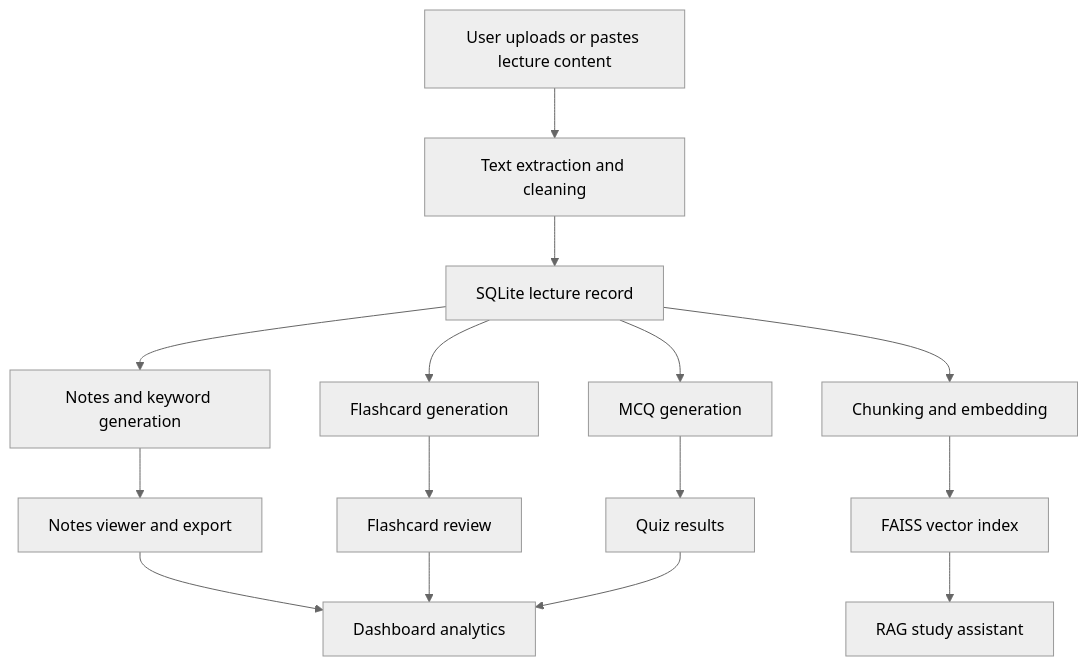
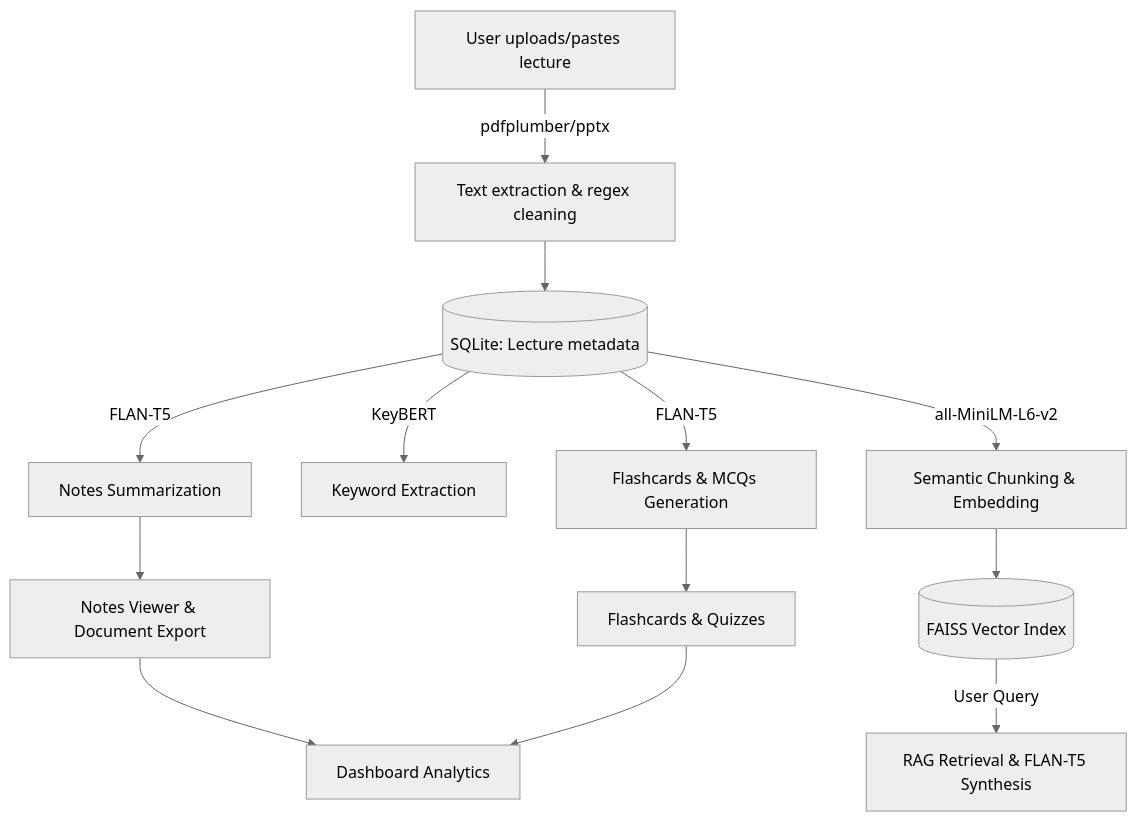
One commit to kspeiris/LectureMindAI changed the diagram in README.md. Above: the diagram before and after it, drawn with Mermaid (neutral theme). The commit also changed other lines of this file and 1 other file, not shown here.

````diff
--- a/README.md
+++ b/README.md
@@ -57,17 +80,15 @@
 ```mermaid
 flowchart TD
-    A[User uploads or pastes lecture content] --> B[Text extraction and cleaning]
-    B --> C[SQLite lecture record]
-    C --> D[Notes and keyword generation]
-    C --> E[Flashcard generation]
-    C --> F[MCQ generation]
-    C --> G[Chunking and embedding]
-    G --> H[FAISS vector index]
-    H --> I[RAG study assistant]
-    D --> J[Notes viewer and export]
-    E --> K[Flashcard review]
-    F --> L[Quiz results]
-    J --> M[Dashboard analytics]
-    K --> M
-    L --> M
+    A[User uploads/pastes lecture] -->|pdfplumber/pptx| B[Text extraction & regex cleaning]
+    B --> C[(SQLite: Lecture metadata)]
+    C -->|FLAN-T5| D[Notes Summarization]
+    C -->|KeyBERT| E[Keyword Extraction]
+    C -->|FLAN-T5| F[Flashcards & MCQs Generation]
+    C -->|all-MiniLM-L6-v2| G[Semantic Chunking & Embedding]
+    G --> H[(FAISS Vector Index)]
+    H -->|User Query| I[RAG Retrieval & FLAN-T5 Synthesis]
+    D --> J[Notes Viewer & Document Export]
+    F --> K[Flashcards & Quizzes]
+    J --> L[Dashboard Analytics]
+    K --> L
 ```
````
